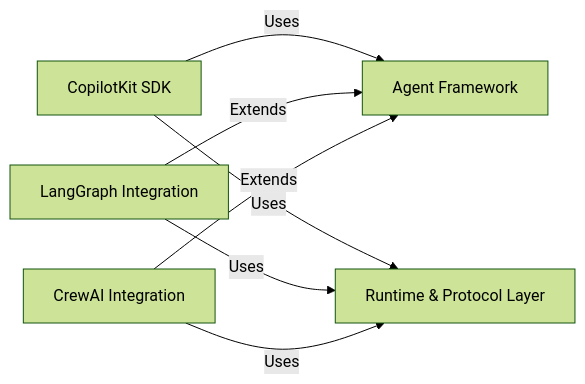
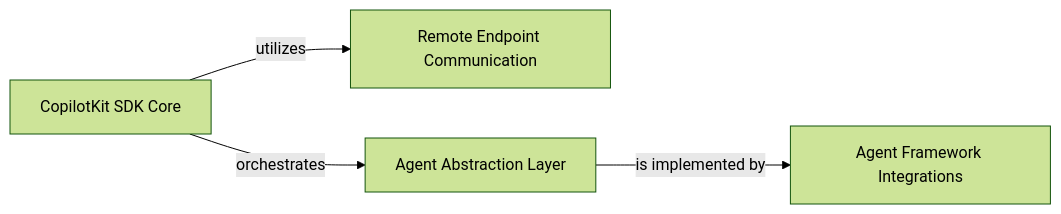
One commit to CodeBoarding/GeneratedOnBoardings changed the diagram in CopilotKit/on_boarding.md. Above: the diagram before and after it, drawn with Mermaid (forest theme). The commit also changed other lines of this file and 9 other files, not shown here.

Commit message:
Uploading onboarding materials for CopilotKit

````diff
--- a/CopilotKit/on_boarding.md
+++ b/CopilotKit/on_boarding.md
@@ -1,19 +1,14 @@
 ```mermaid
 graph LR
-    CopilotKit_SDK["CopilotKit SDK"]
-    Agent_Framework["Agent Framework"]
-    Runtime_Protocol_Layer["Runtime & Protocol Layer"]
-    LangGraph_Integration["LangGraph Integration"]
-    CrewAI_Integration["CrewAI Integration"]
-    CopilotKit_SDK -- "Uses" --> Agent_Framework
-    CopilotKit_SDK -- "Uses" --> Runtime_Protocol_Layer
-    LangGraph_Integration -- "Extends" --> Agent_Framework
-    CrewAI_Integration -- "Extends" --> Agent_Framework
-    LangGraph_Integration -- "Uses" --> Runtime_Protocol_Layer
-    CrewAI_Integration -- "Uses" --> Runtime_Protocol_Layer
-    click CopilotKit_SDK href "https://github.com/CodeBoarding/GeneratedOnBoardings/blob/main/CopilotKit/CopilotKit_SDK.md" "Details"
-    click Agent_Framework href "https://github.com/CodeBoarding/GeneratedOnBoardings/blob/main/CopilotKit/Agent_Framework.md" "Details"
-    click Runtime_Protocol_Layer href "https://github.com/CodeBoarding/GeneratedOnBoardings/blob/main/CopilotKit/Runtime_Protocol_Layer.md" "Details"
-    click LangGraph_Integration href "https://github.com/CodeBoarding/GeneratedOnBoardings/blob/main/CopilotKit/LangGraph_Integration.md" "Details"
-    click CrewAI_Integration href "https://github.com/CodeBoarding/GeneratedOnBoardings/blob/main/CopilotKit/CrewAI_Integration.md" "Details"
+    CopilotKit_SDK_Core["CopilotKit SDK Core"]
+    Remote_Endpoint_Communication["Remote Endpoint Communication"]
+    Agent_Abstraction_Layer["Agent Abstraction Layer"]
+    Agent_Framework_Integrations["Agent Framework Integrations"]
+    CopilotKit_SDK_Core -- "utilizes" --> Remote_Endpoint_Communication
+    CopilotKit_SDK_Core -- "orchestrates" --> Agent_Abstraction_Layer
+    Agent_Abstraction_Layer -- "is implemented by" --> Agent_Framework_Integrations
+    click CopilotKit_SDK_Core href "https://github.com/CodeBoarding/GeneratedOnBoardings/blob/main/CopilotKit/CopilotKit_SDK_Core.md" "Details"
+    click Remote_Endpoint_Communication href "https://github.com/CodeBoarding/GeneratedOnBoardings/blob/main/CopilotKit/Remote_Endpoint_Communication.md" "Details"
+    click Agent_Abstraction_Layer href "https://github.com/CodeBoarding/GeneratedOnBoardings/blob/main/CopilotKit/Agent_Abstraction_Layer.md" "Details"
+    click Agent_Framework_Integrations href "https://github.com/CodeBoarding/GeneratedOnBoardings/blob/main/CopilotKit/Agent_Framework_Integrations.md" "Details"
 ```
````
